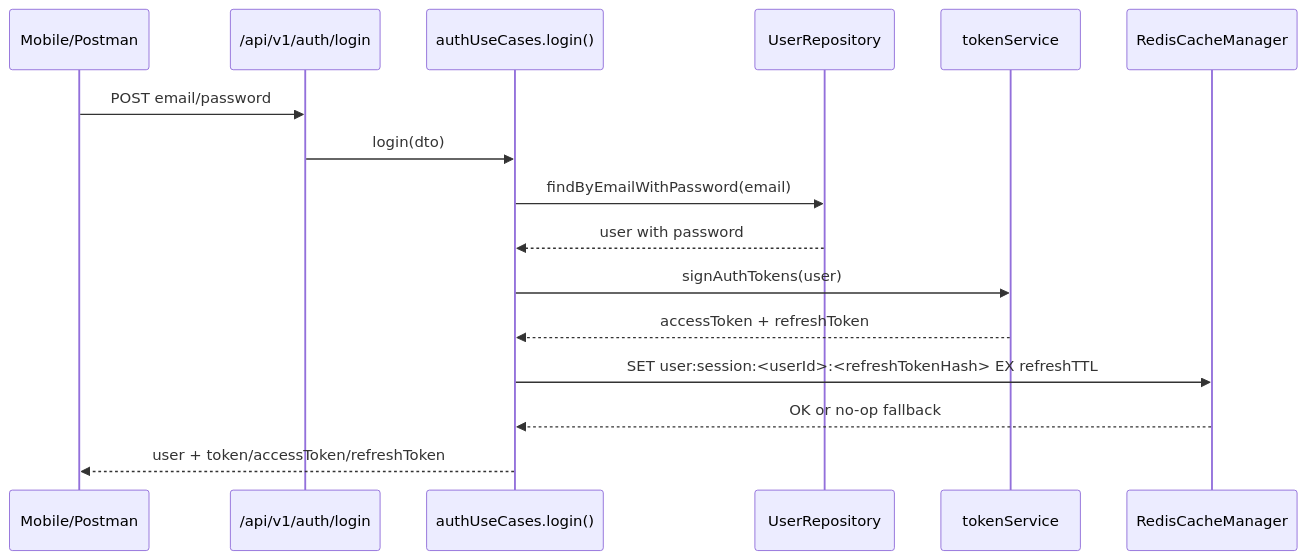
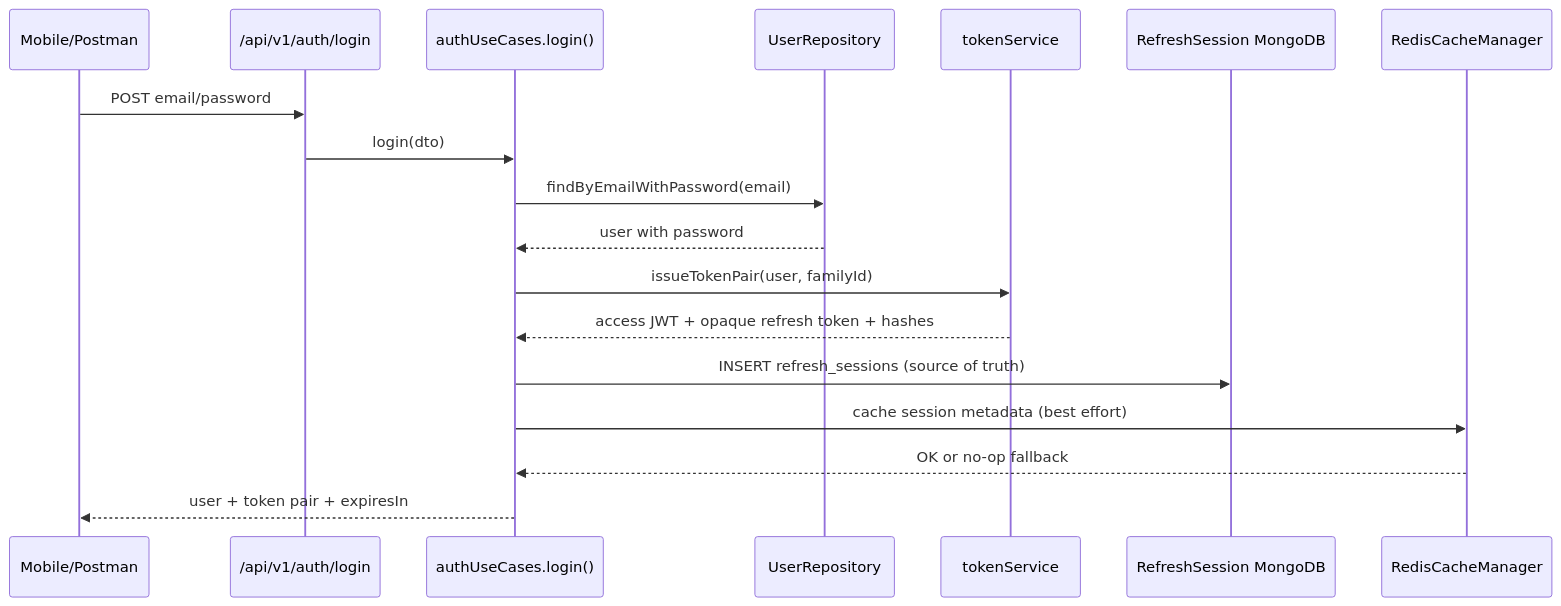
Before and after one commit to Lyquang/Life360-BackEnd: the second of 6 diagrams in Study/REDIS_PERFORMANCE_AND_CACHING_ARCHITECTURE.md, drawn with Mermaid. The commit also changed other lines of this file and 33 other files, not shown here.

Commit message:
feat: init refresh token rotation

````diff
--- a/Study/REDIS_PERFORMANCE_AND_CACHING_ARCHITECTURE.md
+++ b/Study/REDIS_PERFORMANCE_AND_CACHING_ARCHITECTURE.md
@@ -1131,19 +1132,21 @@
 ```mermaid
 sequenceDiagram
     participant Client as Mobile/Postman
     participant AuthRoute as /api/v1/auth/login
     participant AuthUC as authUseCases.login()
     participant UserRepo as UserRepository
     participant Token as tokenService
+    participant MongoDB as RefreshSession MongoDB
     participant Redis as RedisCacheManager
 
     Client->>AuthRoute: POST email/password
     AuthRoute->>AuthUC: login(dto)
     AuthUC->>UserRepo: findByEmailWithPassword(email)
     UserRepo-->>AuthUC: user with password
-    AuthUC->>Token: signAuthTokens(user)
-    Token-->>AuthUC: accessToken + refreshToken
-    AuthUC->>Redis: SET user:session:<userId>:<refreshTokenHash> EX refreshTTL
+    AuthUC->>Token: issueTokenPair(user, familyId)
+    Token-->>AuthUC: access JWT + opaque refresh token + hashes
+    AuthUC->>MongoDB: INSERT refresh_sessions (source of truth)
+    AuthUC->>Redis: cache session metadata (best effort)
     Redis-->>AuthUC: OK or no-op fallback
-    AuthUC-->>Client: user + token/accessToken/refreshToken
+    AuthUC-->>Client: user + token pair + expiresIn
 ```
````
